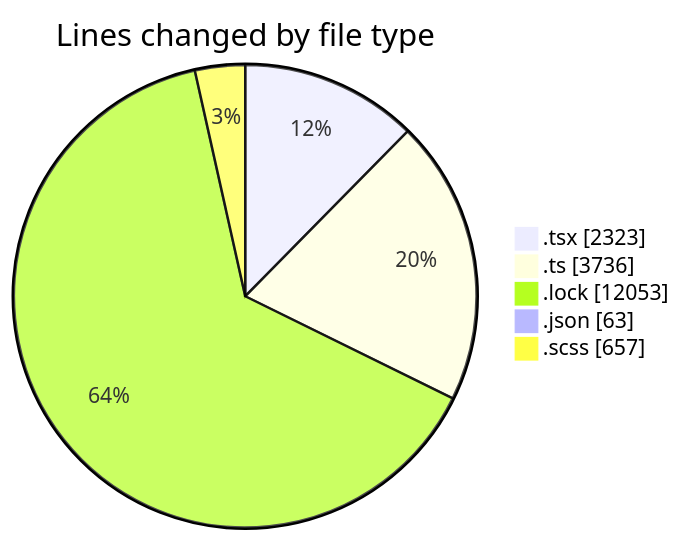
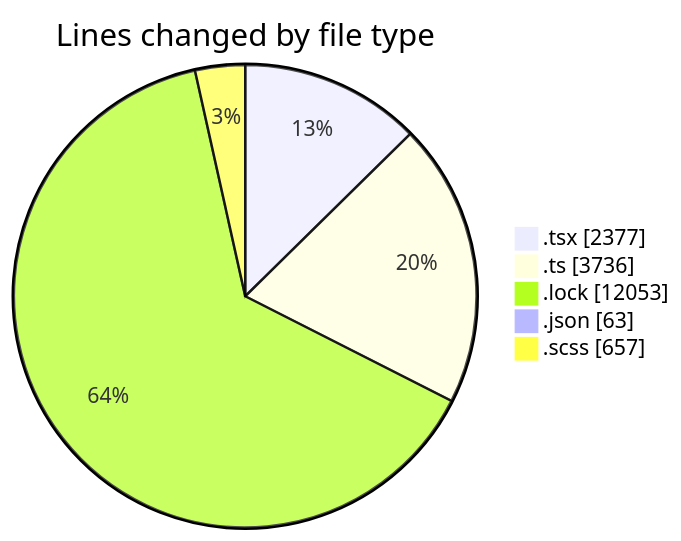
Before and after one commit to momahboobian/code-tracking: the first of 2 diagrams in 2025-12-03/cda/README.md, drawn with Mermaid. The commit also changed other lines of this file and 1 other file, not shown here.

````diff
--- a/2025-12-03/cda/README.md
+++ b/2025-12-03/cda/README.md
@@ -29,9 +30,9 @@
 ```mermaid
 pie showData
 title Lines changed by file type
-".tsx" : 2323
+".tsx" : 2377
 ".ts" : 3736
 ".lock" : 12053
 ".json" : 63
 ".scss" : 657
 ```
````
